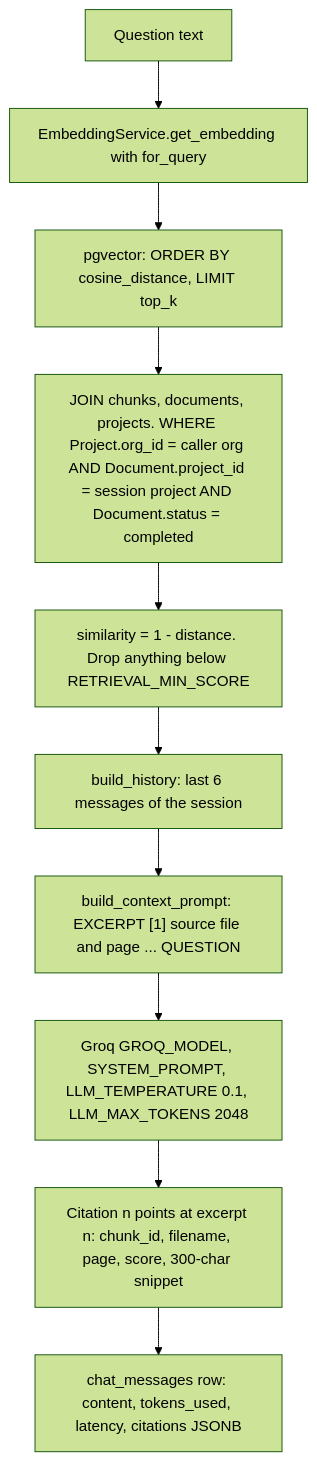
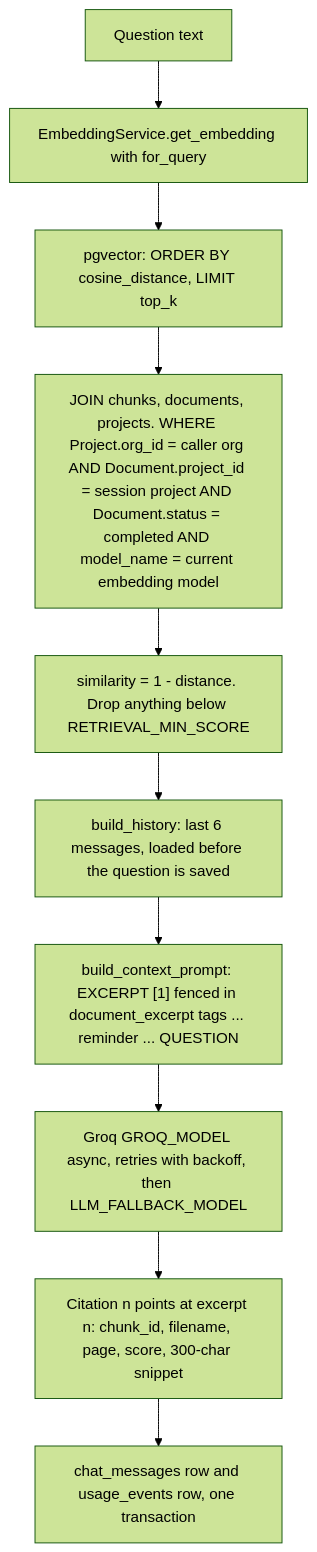
Before and after one commit to dhanoliya-ji/DOCMINDS: the eighth of 15 diagrams in docs/ARCHITECTURE.md, drawn with Mermaid (forest theme). The commit also changed other lines of this file and 60 other files, not shown here.

````diff
--- a/docs/ARCHITECTURE.md
+++ b/docs/ARCHITECTURE.md
@@ -431,12 +447,12 @@
 ```mermaid
 flowchart TD
     Q["Question text"] --> EQ["EmbeddingService.get_embedding with for_query"]
     EQ --> SQL["pgvector: ORDER BY cosine_distance, LIMIT top_k"]
-    SQL --> SCOPE["JOIN chunks, documents, projects. WHERE Project.org_id = caller org AND Document.project_id = session project AND Document.status = completed"]
+    SQL --> SCOPE["JOIN chunks, documents, projects. WHERE Project.org_id = caller org AND Document.project_id = session project AND Document.status = completed AND model_name = current embedding model"]
     SCOPE --> SCORE["similarity = 1 - distance. Drop anything below RETRIEVAL_MIN_SCORE"]
-    SCORE --> HIST["build_history: last 6 messages of the session"]
-    HIST --> PROMPT["build_context_prompt: EXCERPT [1] source file and page ... QUESTION"]
-    PROMPT --> LLM["Groq GROQ_MODEL, SYSTEM_PROMPT, LLM_TEMPERATURE 0.1, LLM_MAX_TOKENS 2048"]
+    SCORE --> HIST["build_history: last 6 messages, loaded before the question is saved"]
+    HIST --> PROMPT["build_context_prompt: EXCERPT [1] fenced in document_excerpt tags ... reminder ... QUESTION"]
+    PROMPT --> LLM["Groq GROQ_MODEL async, retries with backoff, then LLM_FALLBACK_MODEL"]
     LLM --> CITE["Citation n points at excerpt n: chunk_id, filename, page, score, 300-char snippet"]
-    CITE --> PERSIST["chat_messages row: content, tokens_used, latency, citations JSONB"]
+    CITE --> PERSIST["chat_messages row and usage_events row, one transaction"]
 ```
````
